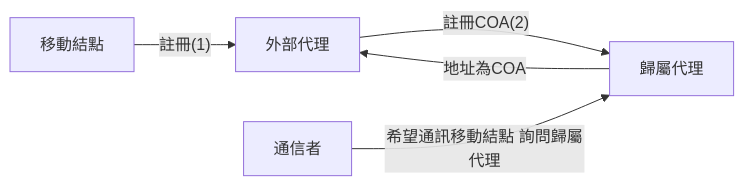
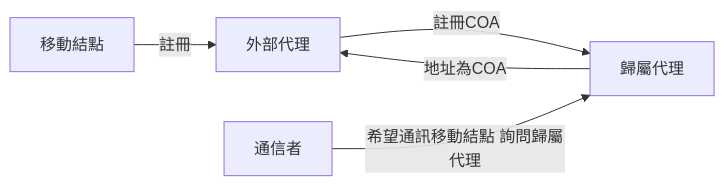
One commit to chchoiw/chchoiw.github.io changed the fifth of 5 diagrams in _posts/2021-07-21-04741-internet.md. Above: the diagram before and after it, drawn with Mermaid.

````diff
--- a/_posts/2021-07-21-04741-internet.md
+++ b/_posts/2021-07-21-04741-internet.md
@@ -717,7 +717,7 @@
 ```mermaid
 graph LR
-    A[移動結點] -- 註冊(1) -->  B[外部代理];
-    B-- 註冊COA(2) -->C[歸屬代理]
+    A[移動結點] -- 註冊 -->  B[外部代理];
+    B-- 註冊COA -->C[歸屬代理]
     D[通信者] -- 希望通訊移動結點 詢問歸屬代理 -->C
     C--地址為COA -->B
 ```
````
